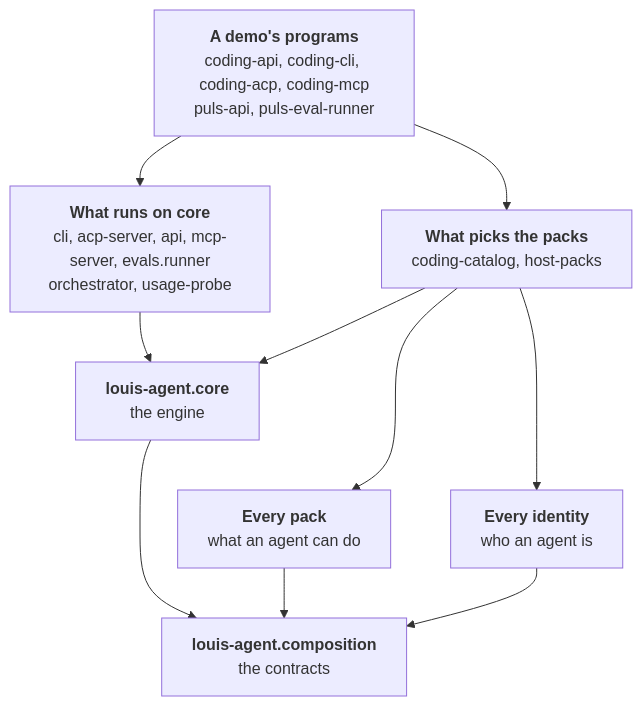
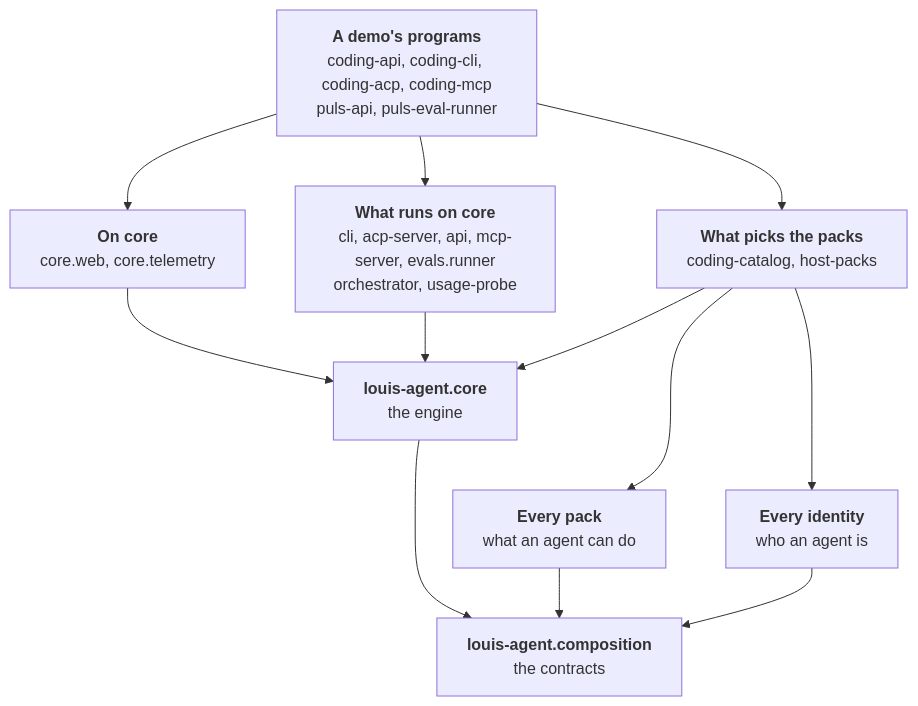
One commit to bosbevk/louis-agent changed the first of 2 diagrams in src/docs/projects/README.md. Above: the diagram before and after it, drawn with Mermaid. The commit also changed other lines of this file and 17 other files, not shown here.

````diff
--- a/src/docs/projects/README.md
+++ b/src/docs/projects/README.md
@@ -50,22 +52,25 @@
 ```mermaid
 flowchart TD
     Programs["<b>A demo's programs</b><br/>coding-api, coding-cli, coding-acp, coding-mcp<br/>puls-api, puls-eval-runner"]
     Hosts["<b>What runs on core</b><br/>cli, acp-server, api, mcp-server, evals.runner<br/>orchestrator, usage-probe"]
     Catalogs["<b>What picks the packs</b><br/>coding-catalog, host-packs"]
     Core["<b>louis-agent.core</b><br/>the engine"]
+    OnCore["<b>On core</b><br/>core.web, core.telemetry"]
     Ids["<b>Every identity</b><br/>who an agent is"]
     Packs["<b>Every pack</b><br/>what an agent can do"]
     Comp["<b>louis-agent.composition</b><br/>the contracts"]
 
     Programs --> Hosts
+    Programs --> OnCore
+    OnCore --> Core
     Programs --> Catalogs
     Hosts --> Core
     Catalogs --> Core
     Core ~~~ Packs
     Core ~~~ Ids
     Catalogs --> Packs
     Catalogs --> Ids
     Core --> Comp
     Packs --> Comp
     Ids --> Comp
 ```
````
